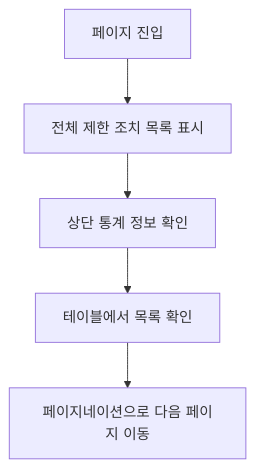
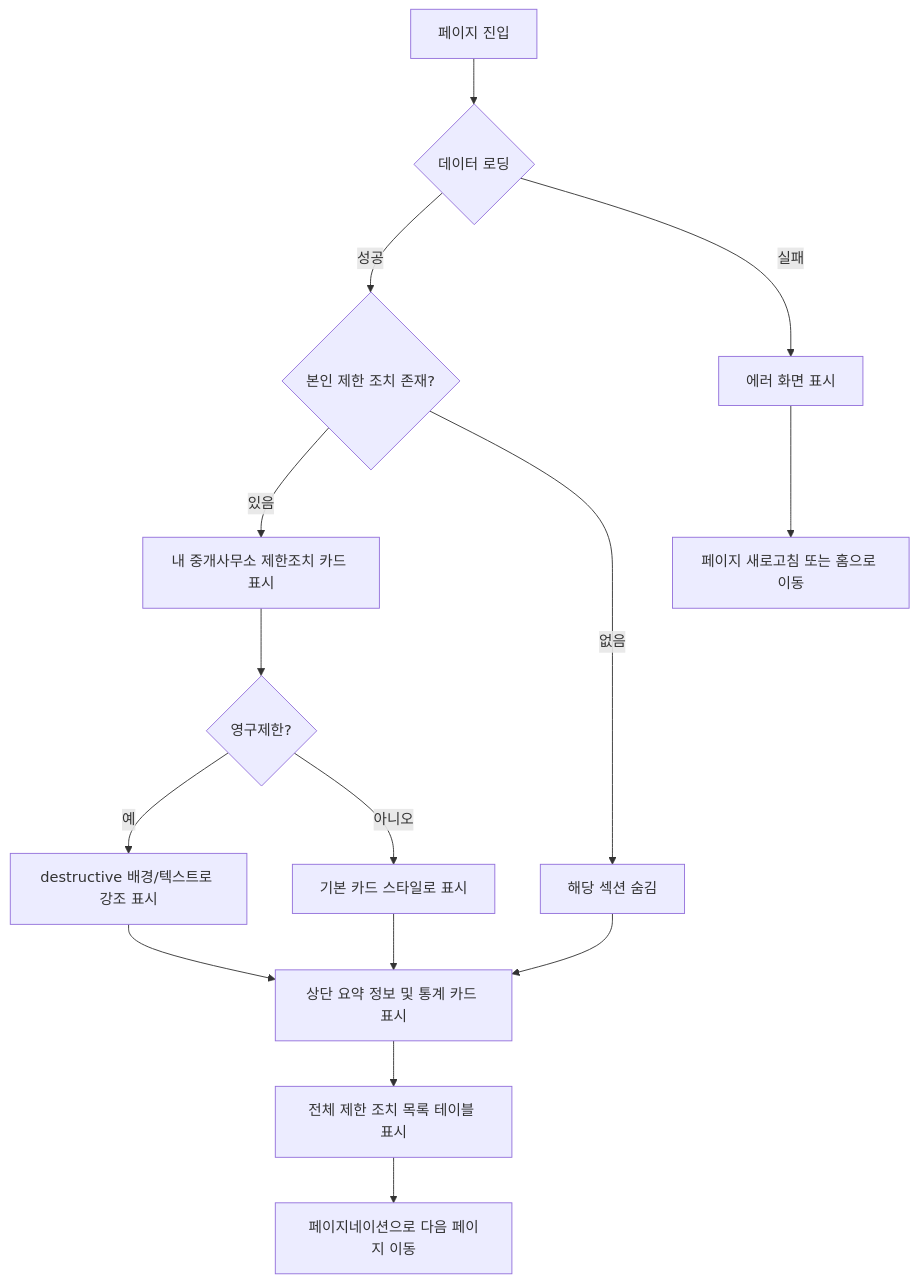
One commit to elfgee/Ceo changed the first of 2 diagrams in docs/prd/prd.fake-ads-out-restrictions.md. Above: the diagram before and after it, drawn with Mermaid. The commit also changed other lines of this file and 5 other files, not shown here.

````diff
--- a/docs/prd/prd.fake-ads-out-restrictions.md
+++ b/docs/prd/prd.fake-ads-out-restrictions.md
@@ -297,7 +286,17 @@
 ```mermaid
 flowchart TD
-    A[페이지 진입] --> B[전체 제한 조치 목록 표시]
-    B --> C[상단 통계 정보 확인]
-    C --> D[테이블에서 목록 확인]
-    D --> E[페이지네이션으로 다음 페이지 이동]
+    A[페이지 진입] --> B{데이터 로딩}
+    B -->|성공| C{본인 제한 조치 존재?}
+    B -->|실패| D[에러 화면 표시]
+    C -->|있음| E[내 중개사무소 제한조치 카드 표시]
+    C -->|없음| F[해당 섹션 숨김]
+    E --> G{영구제한?}
+    G -->|예| H[destructive 배경/텍스트로 강조 표시]
+    G -->|아니오| I[기본 카드 스타일로 표시]
+    H --> J[상단 요약 정보 및 통계 카드 표시]
+    I --> J
+    F --> J
+    J --> K[전체 제한 조치 목록 테이블 표시]
+    K --> L[페이지네이션으로 다음 페이지 이동]
+    D --> M[페이지 새로고침 또는 홈으로 이동]
 ```
````
